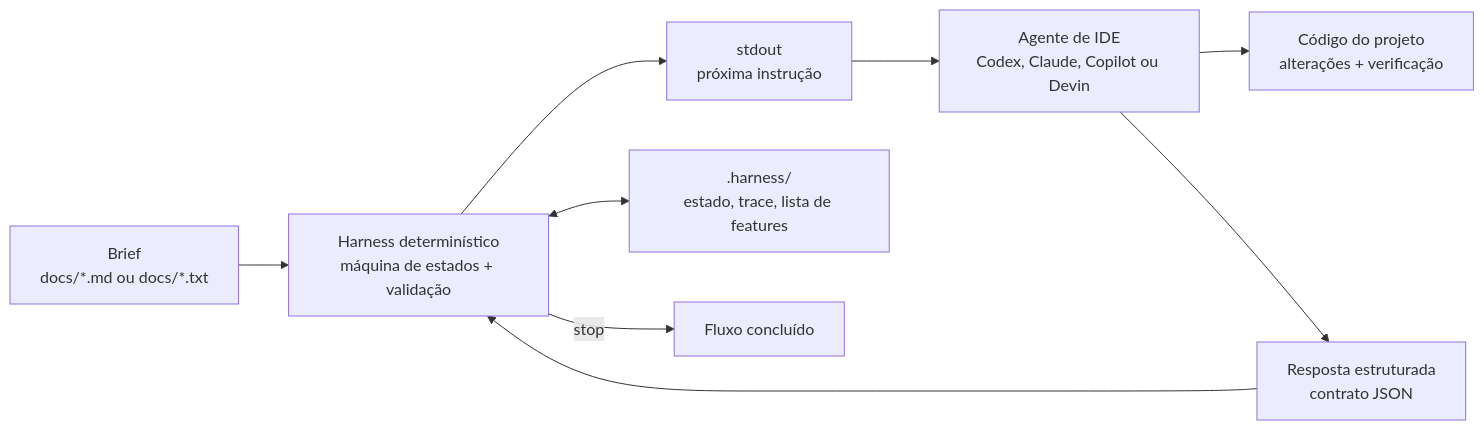
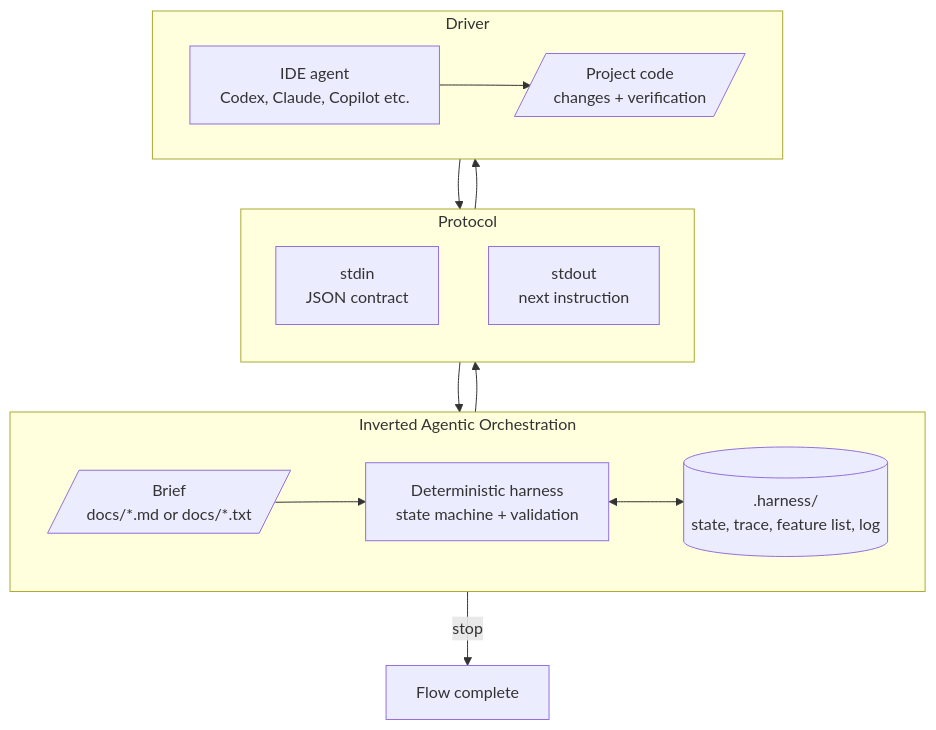
Before and after one commit to cooperacode/IAO: the diagram in README-ptbr.md, drawn with Mermaid. The commit also changed other lines of this file and 2 other files, not shown here.

Commit message:
Refactor README and SKILL documentation for clarity and consistency

````diff
--- a/README-ptbr.md
+++ b/README-ptbr.md
@@ -50,19 +50,30 @@
 ```mermaid
-flowchart LR
-    brief["Brief<br/>docs/*.md ou docs/*.txt"]
-    harness["Harness determinístico<br/>máquina de estados + validação"]
-    stdout["stdout<br/>próxima instrução"]
-    agent["Agente de IDE<br/>Codex, Claude, Copilot ou Devin"]
-    response["Resposta estruturada<br/>contrato JSON"]
-    state[".harness/<br/>estado, trace, lista de features"]
-    code["Código do projeto<br/>alterações + verificação"]
+graph TB
+    subgraph "Inverted Agentic Orchestration"
+    direction LR
+    brief[/"Brief<br/>docs/*.md or docs/*.txt"/]
+    harness["Deterministic harness<br/>state machine + validation"]
+    state[(.harness/<br/>state, trace, feature list, log)]
+    end
+
+    subgraph "Protocol"
+    direction TD
+    response["stdin<br/>JSON contract"]
+    stdout["stdout<br/>next instruction"]
+    end
+
+    subgraph "Driver"
+    direction LR
+    agent["IDE agent<br/>Codex, Claude, Copilot etc."]
+    code[/"Project code<br/>changes + verification"/]
+    end
 
     brief --> harness
     harness --> stdout
     stdout --> agent
     agent --> code
     agent --> response
     response --> harness
     harness <--> state
-    harness -->|stop| done["Fluxo concluído"]
+    harness -->|stop| done["Flow complete"]
 ```
````
